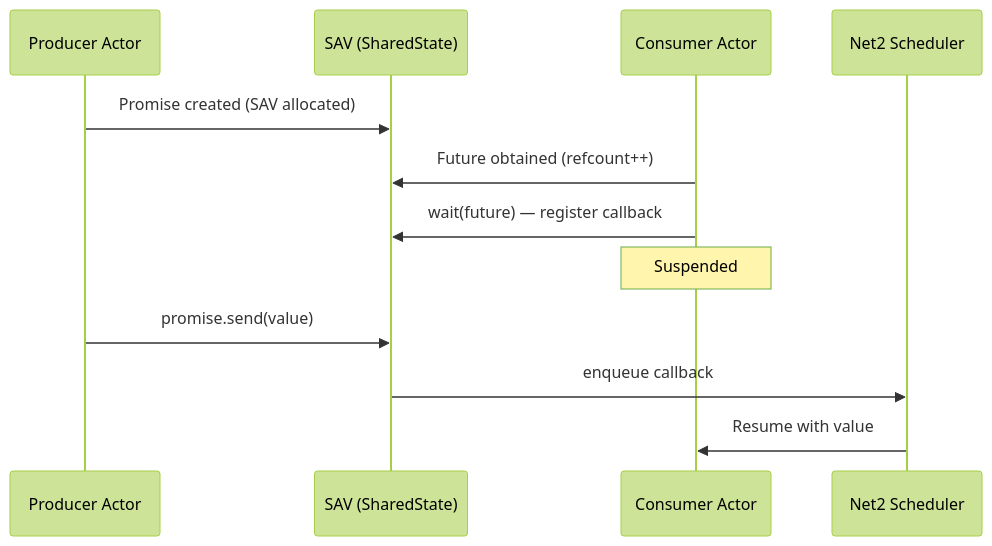
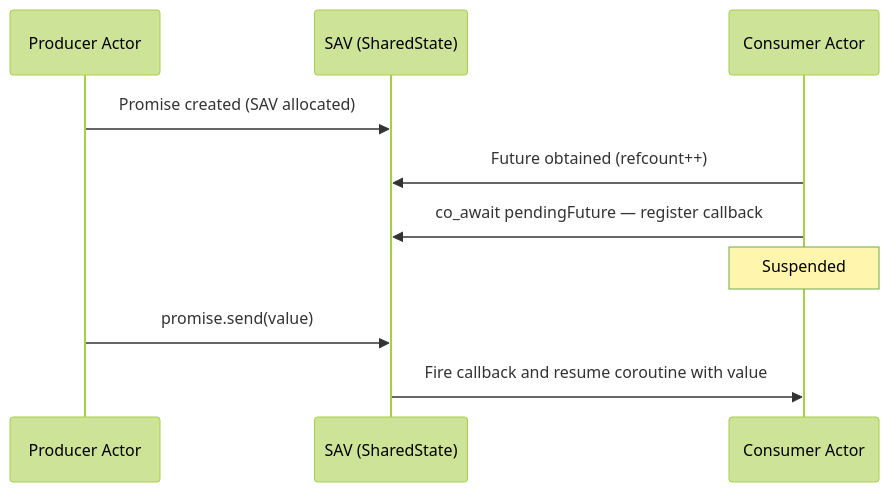
One commit to apple/foundationdb changed the second of 2 diagrams in design/AI-generated/diagram_01_flow_runtime.md. Above: the diagram before and after it, drawn with Mermaid (forest theme). The commit also changed other lines of this file and 45 other files, not shown here.

````diff
--- a/design/AI-generated/diagram_01_flow_runtime.md
+++ b/design/AI-generated/diagram_01_flow_runtime.md
@@ -62,15 +61,13 @@
 ```mermaid
 sequenceDiagram
     participant Producer as Producer Actor
     participant SAV as SAV (SharedState)
     participant Consumer as Consumer Actor
-    participant Scheduler as Net2 Scheduler
 
     Producer->>SAV: Promise created (SAV allocated)
     Consumer->>SAV: Future obtained (refcount++)
-    Consumer->>SAV: wait(future) — register callback
+    Consumer->>SAV: co_await pendingFuture — register callback
     Note over Consumer: Suspended
     Producer->>SAV: promise.send(value)
-    SAV->>Scheduler: enqueue callback
-    Scheduler->>Consumer: Resume with value
+    SAV->>Consumer: Fire callback and resume coroutine with value
 ```
````
